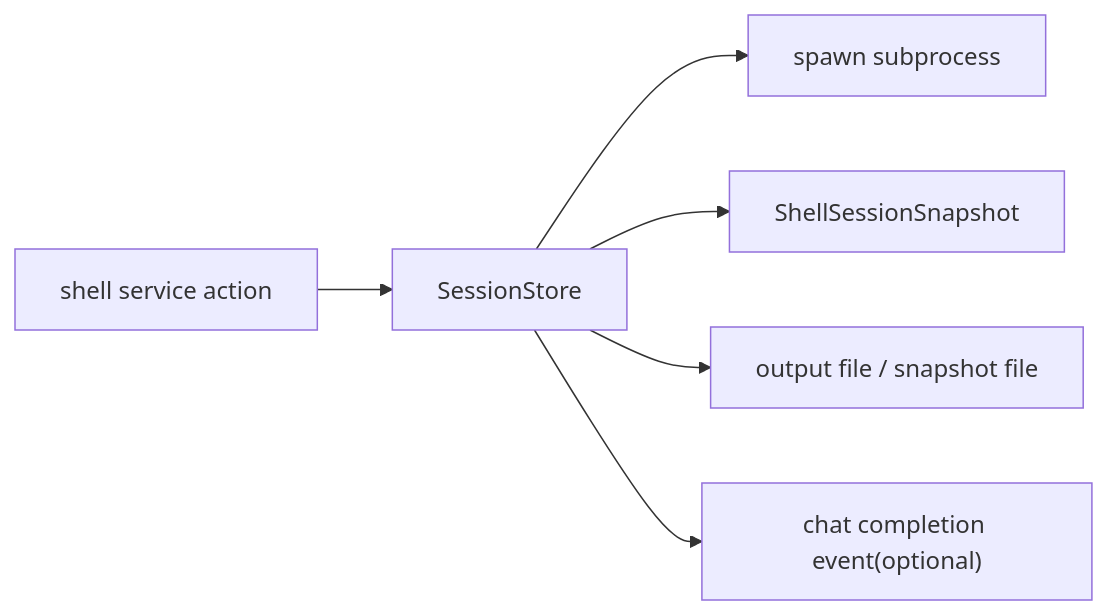
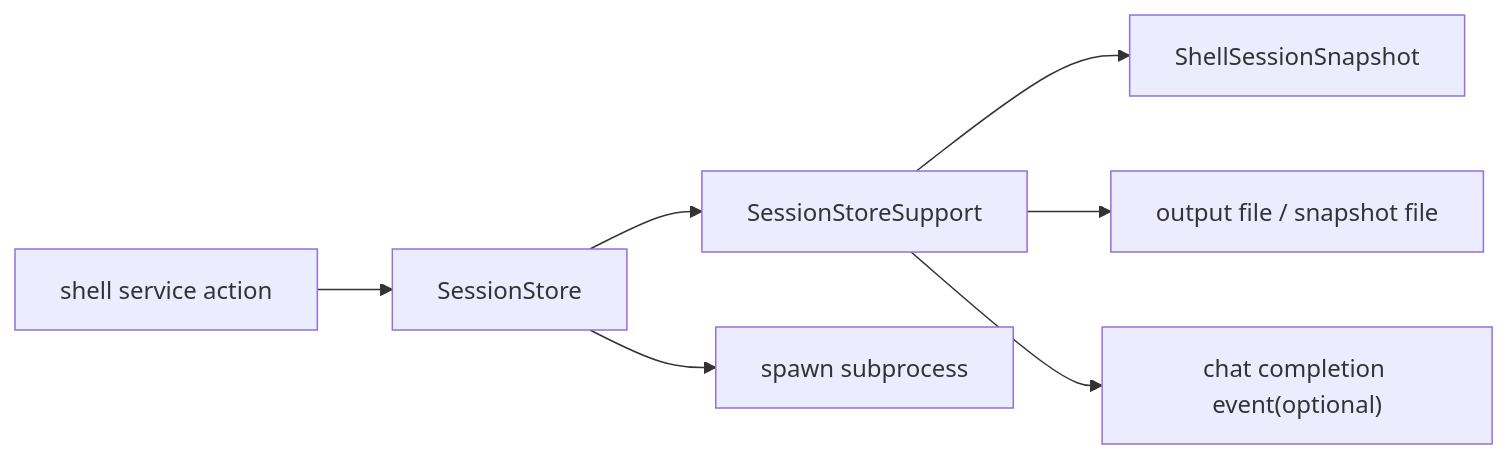
One commit to wangenius/downcity changed the third of 4 diagrams in devdocs/task-shell-memory-flow.md. Above: the diagram before and after it, drawn with Mermaid. The commit also changed other lines of this file and 168 other files, not shown here.

````diff
--- a/devdocs/task-shell-memory-flow.md
+++ b/devdocs/task-shell-memory-flow.md
@@ -192,8 +225,9 @@
 ```mermaid
 flowchart LR
   A["shell service action"] --> B["SessionStore"]
-  B --> C["spawn subprocess"]
-  B --> D["ShellSessionSnapshot"]
-  B --> E["output file / snapshot file"]
-  B --> F["chat completion event(optional)"]
+  B --> C["SessionStoreSupport"]
+  B --> D["spawn subprocess"]
+  C --> E["ShellSessionSnapshot"]
+  C --> F["output file / snapshot file"]
+  C --> G["chat completion event(optional)"]
 ```
````
